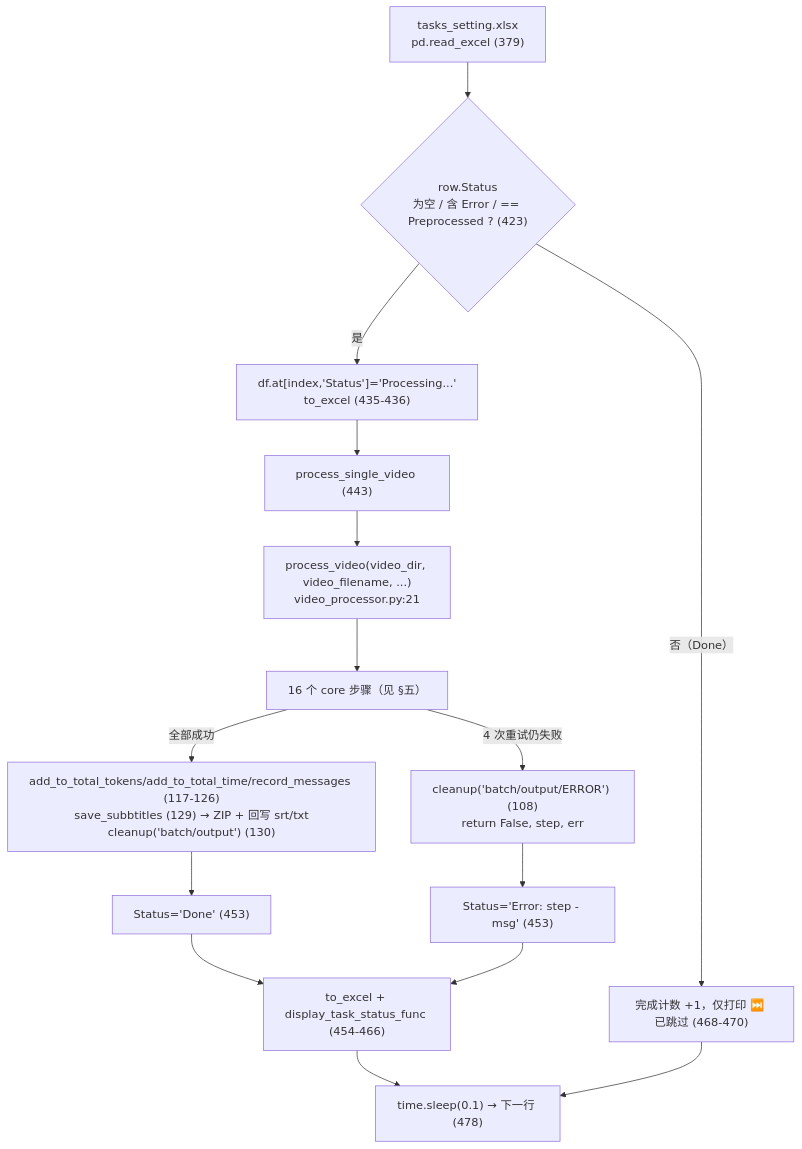
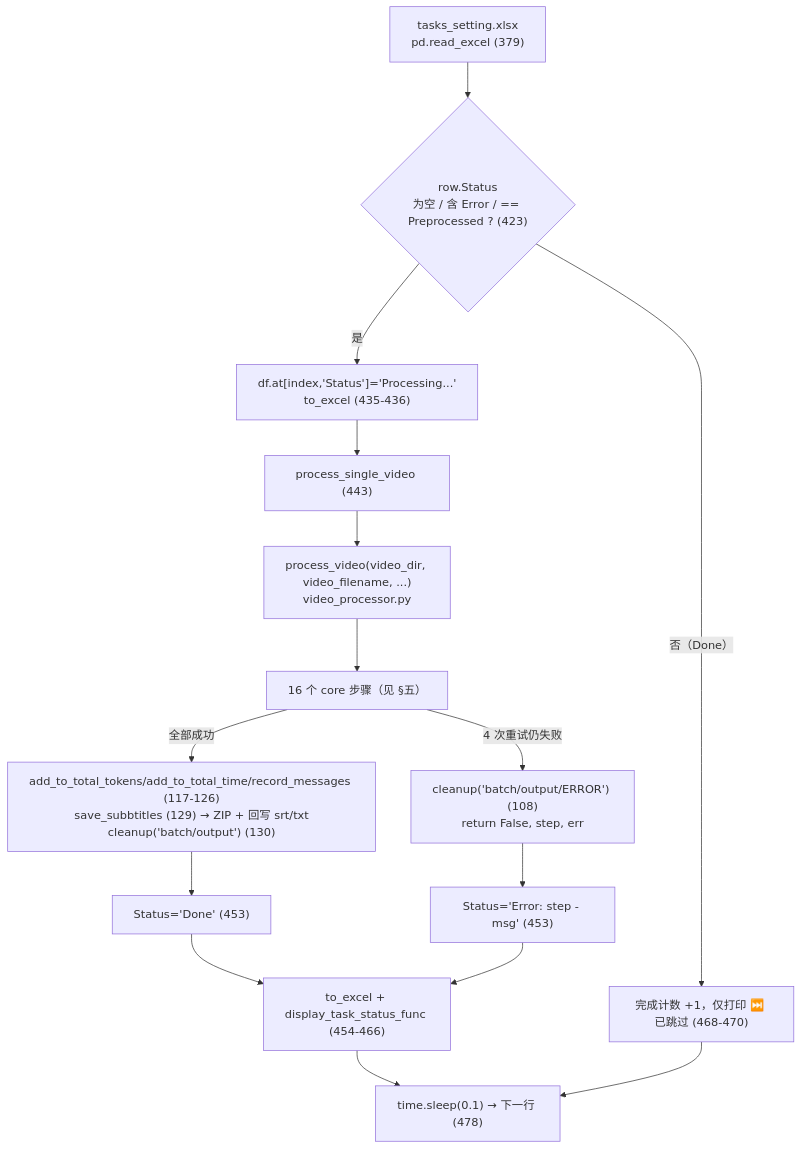
The second of 3 diagrams in devdocs/01-entrypoints/02-批量模式入口.md (Brzjomo/VideoLingoMove), drawn with Mermaid before and after one commit. The commit also changed other lines of this file and 33 other files, not shown here.

````diff
--- a/devdocs/01-entrypoints/02-批量模式入口.md
+++ b/devdocs/01-entrypoints/02-批量模式入口.md
@@ -155,17 +155,17 @@
 ```mermaid
 flowchart TD
-    A["tasks_setting.xlsx<br/>pd.read_excel (379)"] --> B{"row.Status<br/>为空 / 含 Error / == Preprocessed ? (423)"}
-    B -->|是| C["df.at[index,'Status']='Processing...'<br/>to_excel (435-436)"]
-    C --> D["process_single_video (443)"]
-    D --> E["process_video(video_dir, video_filename, ...)<br/>video_processor.py:21"]
-    E --> F["16 个 core 步骤（见 §五）"]
-    F -->|全部成功| G["add_to_total_tokens/add_to_total_time/record_messages (117-126)<br/>save_subbtitles (129) → ZIP + 回写 srt/txt<br/>cleanup('batch/output') (130)"]
-    F -->|4 次重试仍失败| H["cleanup('batch/output/ERROR') (108)<br/>return False, step, err"]
-    G --> I["Status='Done' (453)"]
-    H --> J["Status='Error: step - msg' (453)"]
-    I --> K["to_excel + display_task_status_func (454-466)"]
-    J --> K
-    B -->|否（Done）| L["完成计数 +1，仅打印 ⏭️ 已跳过 (468-470)"]
-    K --> M["time.sleep(0.1) → 下一行 (478)"]
-    L --> M
+ A["tasks_setting.xlsx<br/>pd.read_excel (379)"] --> B{"row.Status<br/>为空 / 含 Error / == Preprocessed ? (423)"}
+ B -->|是| C["df.at[index,'Status']='Processing...'<br/>to_excel (435-436)"]
+ C --> D["process_single_video (443)"]
+ D --> E["process_video(video_dir, video_filename, ...)<br/>video_processor.py"]
+ E --> F["16 个 core 步骤（见 §五）"]
+ F -->|全部成功| G["add_to_total_tokens/add_to_total_time/record_messages (117-126)<br/>save_subbtitles (129) → ZIP + 回写 srt/txt<br/>cleanup('batch/output') (130)"]
+ F -->|4 次重试仍失败| H["cleanup('batch/output/ERROR') (108)<br/>return False, step, err"]
+ G --> I["Status='Done' (453)"]
+ H --> J["Status='Error: step - msg' (453)"]
+ I --> K["to_excel + display_task_status_func (454-466)"]
+ J --> K
+ B -->|否（Done）| L["完成计数 +1，仅打印 ⏭️ 已跳过 (468-470)"]
+ K --> M["time.sleep(0.1) → 下一行 (478)"]
+ L --> M
 ```
````
